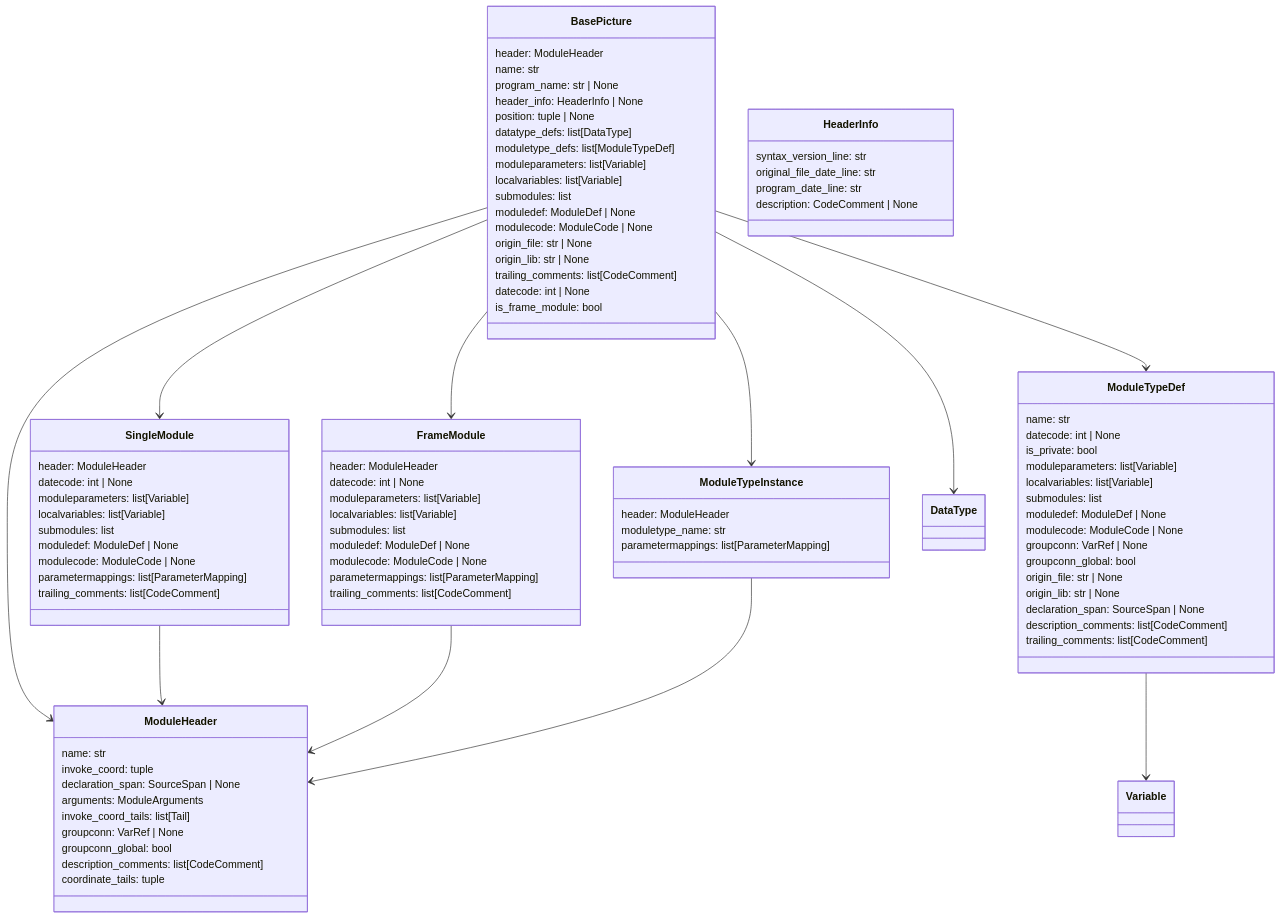
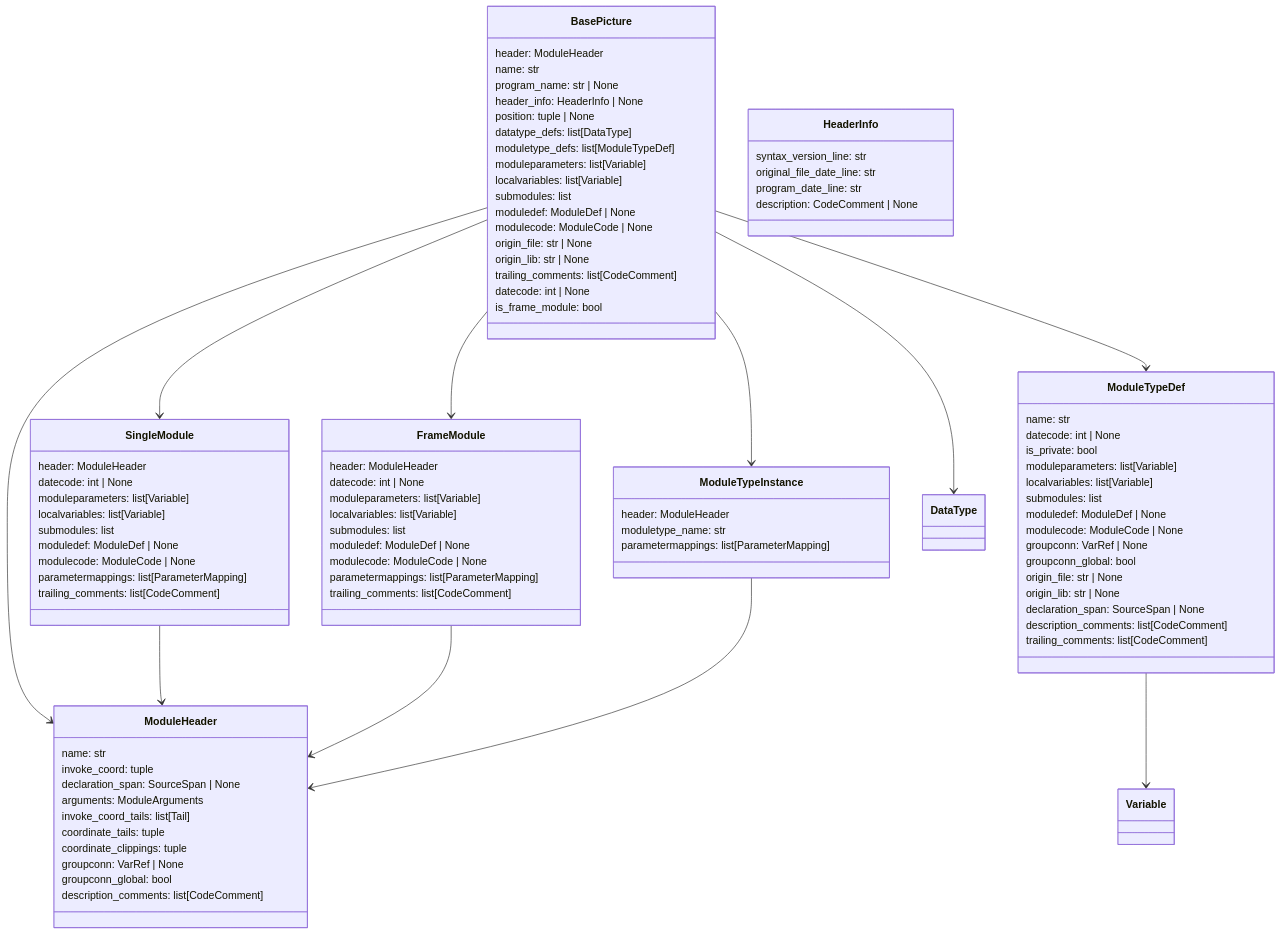
Before and after one commit to SorenHJohansen/sattline-parser: the first of 6 diagrams in docs/ast.md, drawn with Mermaid. The commit also changed other lines of this file and 18 other files, not shown here.

```diff
--- a/docs/ast.md
+++ b/docs/ast.md
@@ -42,10 +42,11 @@
         declaration_span: SourceSpan | None
         arguments: ModuleArguments
         invoke_coord_tails: list[Tail]
+        coordinate_tails: tuple
+        coordinate_clippings: tuple
         groupconn: VarRef | None
         groupconn_global: bool
         description_comments: list[CodeComment]
-        coordinate_tails: tuple
     }
 
     class SingleModule {
```
